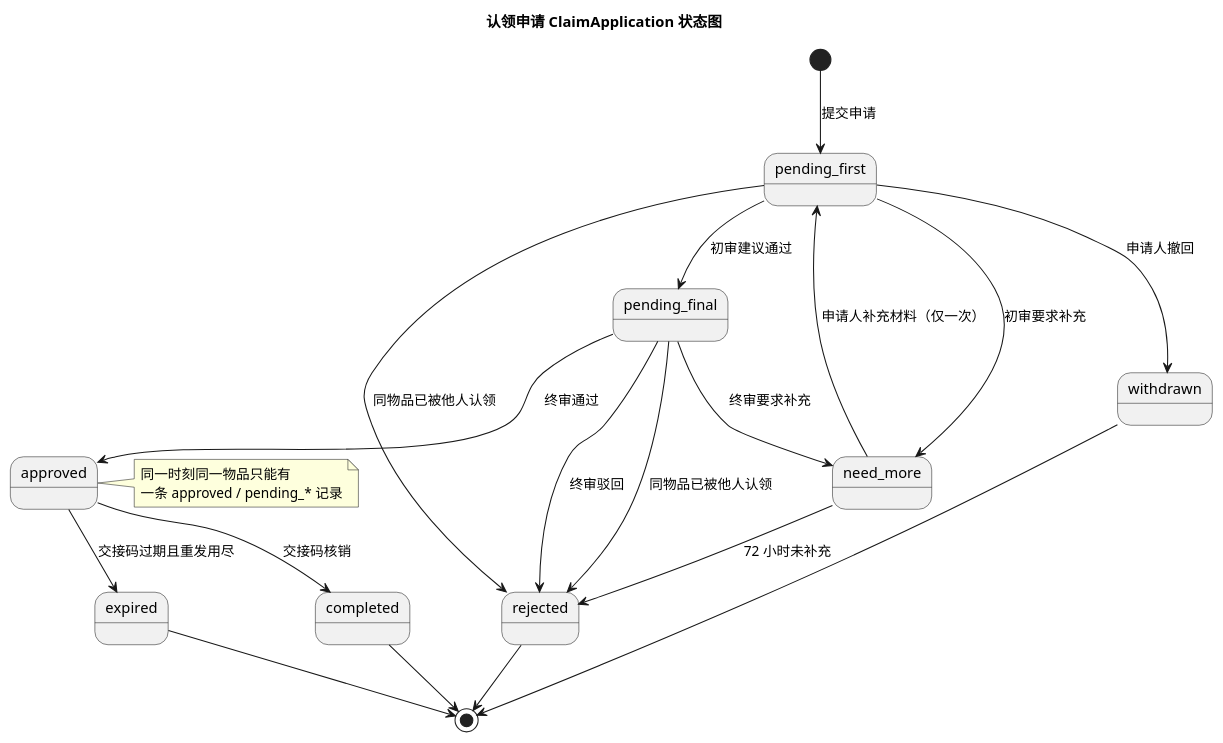
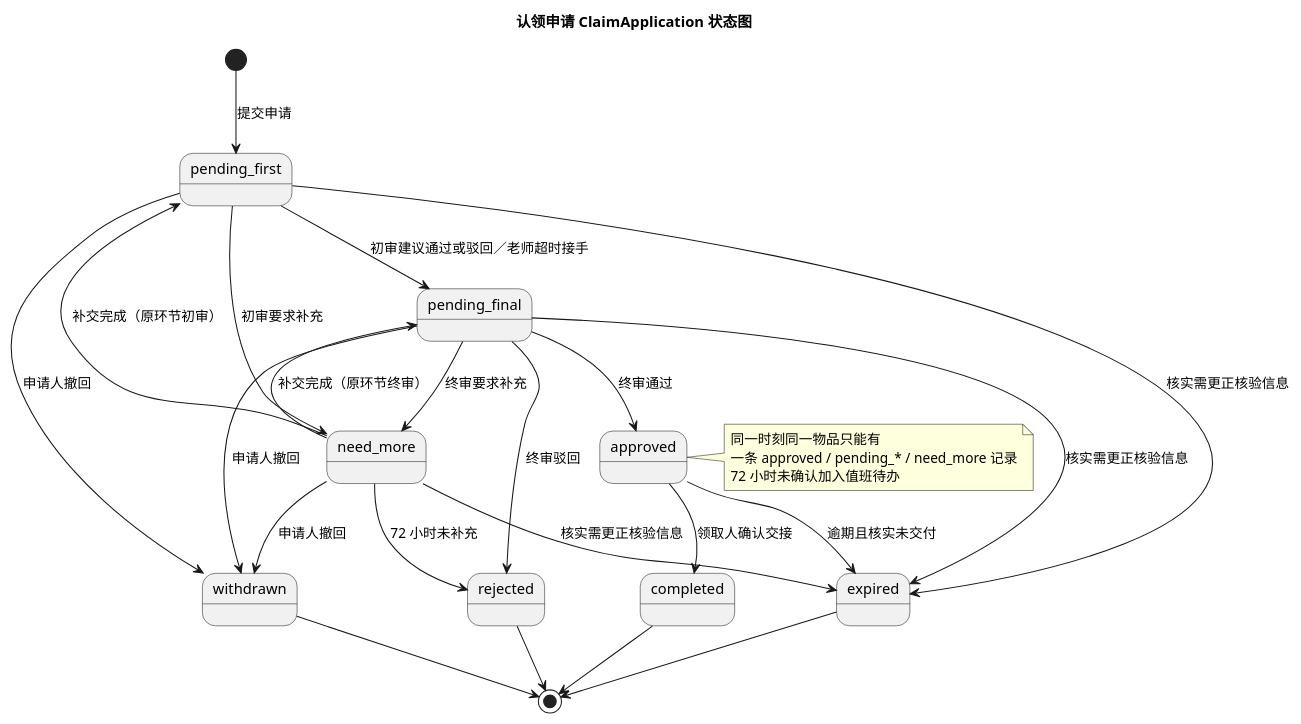
Before and after one commit to phao90016-jpg/Tongji-campus-lost-found: the diagram in models/state/claim-state.puml, drawn with PlantUML. The commit also changed 50 other files, not shown here.

```diff
--- a/models/state/claim-state.puml
+++ b/models/state/claim-state.puml
@@ -1,32 +1,37 @@
 @startuml claim-state
 ' 认领申请 ClaimApplication 状态图 · PlantUML 版
 ' 与 docs/03-需求分析模型/状态图与顺序图.md §1.2 一致
 title 认领申请 ClaimApplication 状态图
 
 skinparam defaultFontName "Microsoft YaHei"
 skinparam shadowing false
 
 [*] --> pending_first : 提交申请
-pending_first --> pending_final : 初审建议通过
+pending_first --> pending_final : 初审建议通过或驳回／老师超时接手
 pending_first --> need_more : 初审要求补充
 pending_first --> withdrawn : 申请人撤回
-pending_first --> rejected : 同物品已被他人认领
-need_more --> pending_first : 申请人补充材料（仅一次）
+need_more --> pending_first : 补交完成（原环节初审）
+need_more --> pending_final : 补交完成（原环节终审）
+need_more --> withdrawn : 申请人撤回
+pending_final --> withdrawn : 申请人撤回
 need_more --> rejected : 72 小时未补充
 pending_final --> approved : 终审通过
 pending_final --> rejected : 终审驳回
 pending_final --> need_more : 终审要求补充
-pending_final --> rejected : 同物品已被他人认领
-approved --> completed : 交接码核销
-approved --> expired : 交接码过期且重发用尽
+approved --> completed : 领取人确认交接
+approved --> expired : 逾期且核实未交付
+pending_first --> expired : 核实需更正核验信息
+pending_final --> expired : 核实需更正核验信息
+need_more --> expired : 核实需更正核验信息
 completed --> [*]
 rejected --> [*]
 withdrawn --> [*]
 expired --> [*]
 
 note right of approved
   同一时刻同一物品只能有
-  一条 approved / pending_* 记录
+  一条 approved / pending_* / need_more 记录
+  72 小时未确认加入值班待办
 end note
 
 @enduml
```
